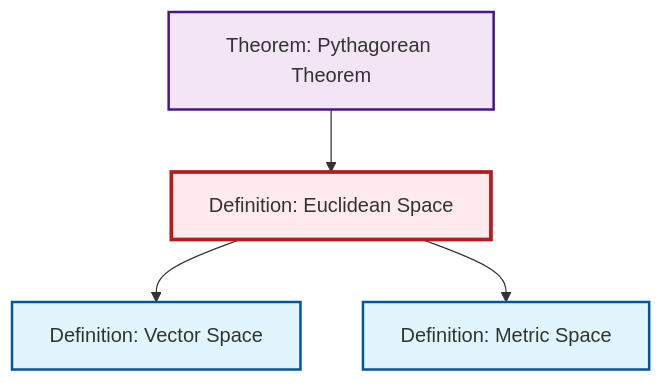
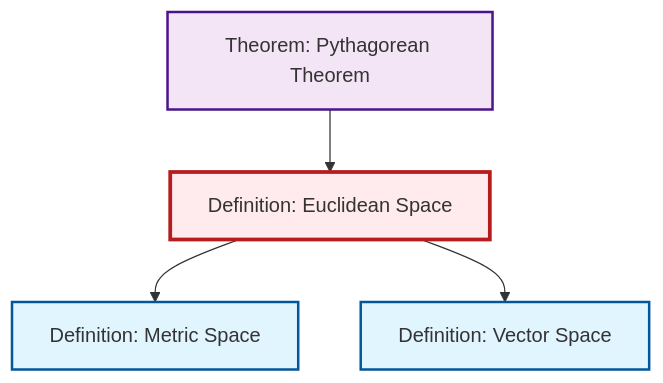
Before and after one commit to RK0429/ModernMath: the diagram in output/mermaid/def-euclidean-space.mermaid, drawn with Mermaid. The commit also changed other lines of this file and 1437 other files, not shown here.

```diff
--- a/output/mermaid/def-euclidean-space.mermaid
+++ b/output/mermaid/def-euclidean-space.mermaid
@@ -1,15 +1,15 @@
 %%| fig-cap: "Local dependency graph"
 graph TD
     classDef definition fill:#e1f5fe,stroke:#01579b,stroke-width:2px
     classDef theorem fill:#f3e5f5,stroke:#4a148c,stroke-width:2px
     classDef axiom fill:#fff3e0,stroke:#e65100,stroke-width:2px
     classDef example fill:#e8f5e9,stroke:#1b5e20,stroke-width:2px
     classDef current fill:#ffebee,stroke:#b71c1c,stroke-width:3px
+    def-euclidean-space["Definition: Euclidean Space"]:::definition
+    def-metric-space["Definition: Metric Space"]:::definition
+    def-vector-space["Definition: Vector Space"]:::definition
     thm-pythagorean["Theorem: Pythagorean Theorem"]:::theorem
-    def-vector-space["Definition: Vector Space"]:::definition
-    def-metric-space["Definition: Metric Space"]:::definition
-    def-euclidean-space["Definition: Euclidean Space"]:::definition
+    def-euclidean-space --> def-metric-space
+    def-euclidean-space --> def-vector-space
     thm-pythagorean --> def-euclidean-space
-    def-euclidean-space --> def-vector-space
-    def-euclidean-space --> def-metric-space
     class def-euclidean-space current
```
